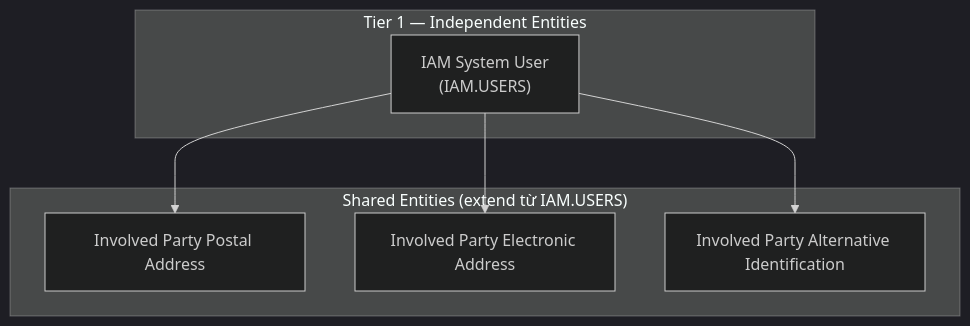
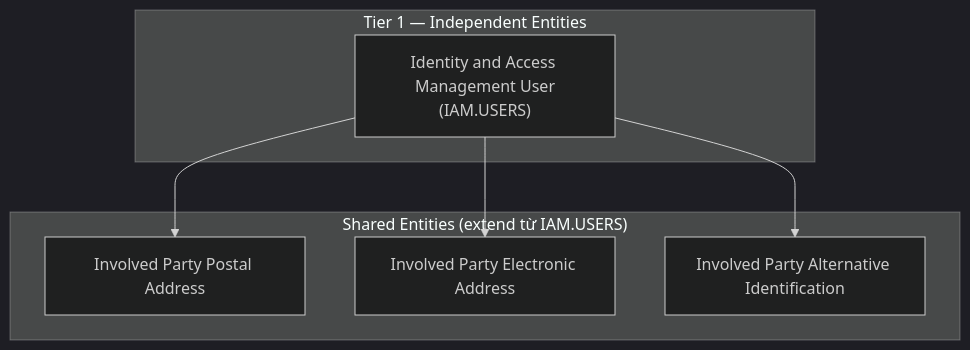
The first of 2 diagrams in DataModel/working/Atomic/hld/IAM_HLD_Overview.md (linhlvit/ubck_atomic_design), drawn with Mermaid (dark theme) before and after one commit. The commit also changed other lines of this file and 15 other files, not shown here.

````diff
--- a/DataModel/working/Atomic/hld/IAM_HLD_Overview.md
+++ b/DataModel/working/Atomic/hld/IAM_HLD_Overview.md
@@ -24,16 +24,16 @@
 ```mermaid
 graph TD
     subgraph T1["Tier 1 — Independent Entities"]
-        U["IAM System User\n(IAM.USERS)"]
+        U["Identity and Access Management User\n(IAM.USERS)"]
     end
 
     subgraph SE["Shared Entities (extend từ IAM.USERS)"]
         PST["Involved Party Postal Address"]
         ELC["Involved Party Electronic Address"]
         ALT["Involved Party Alternative Identification"]
     end
 
     U --> PST
     U --> ELC
     U --> ALT
 ```
````
